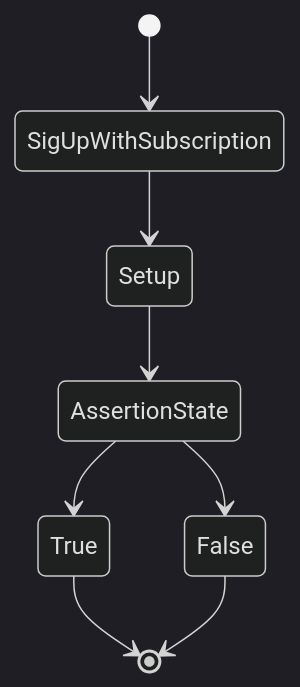
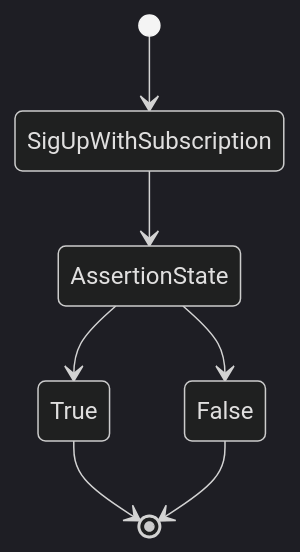
One commit to Emsaso/GetNews changed the fourth of 12 diagrams in model/TestModel.md. Above: the diagram before and after it, drawn with Mermaid (dark theme). The commit also changed other lines of this file, not shown here.

````diff
--- a/model/TestModel.md
+++ b/model/TestModel.md
@@ -105,14 +104,12 @@
 ```mermaid
 stateDiagram-v2
     [*] --> SigUpWithSubscription
-        SigUpWithSubscription --> Setup
-        
-        Setup --> AssertionState
+        SigUpWithSubscription --> AssertionState
         
         AssertionState --> True
         AssertionState --> False
         True --> [*]
         False --> [*]
 
 
 ```
````
